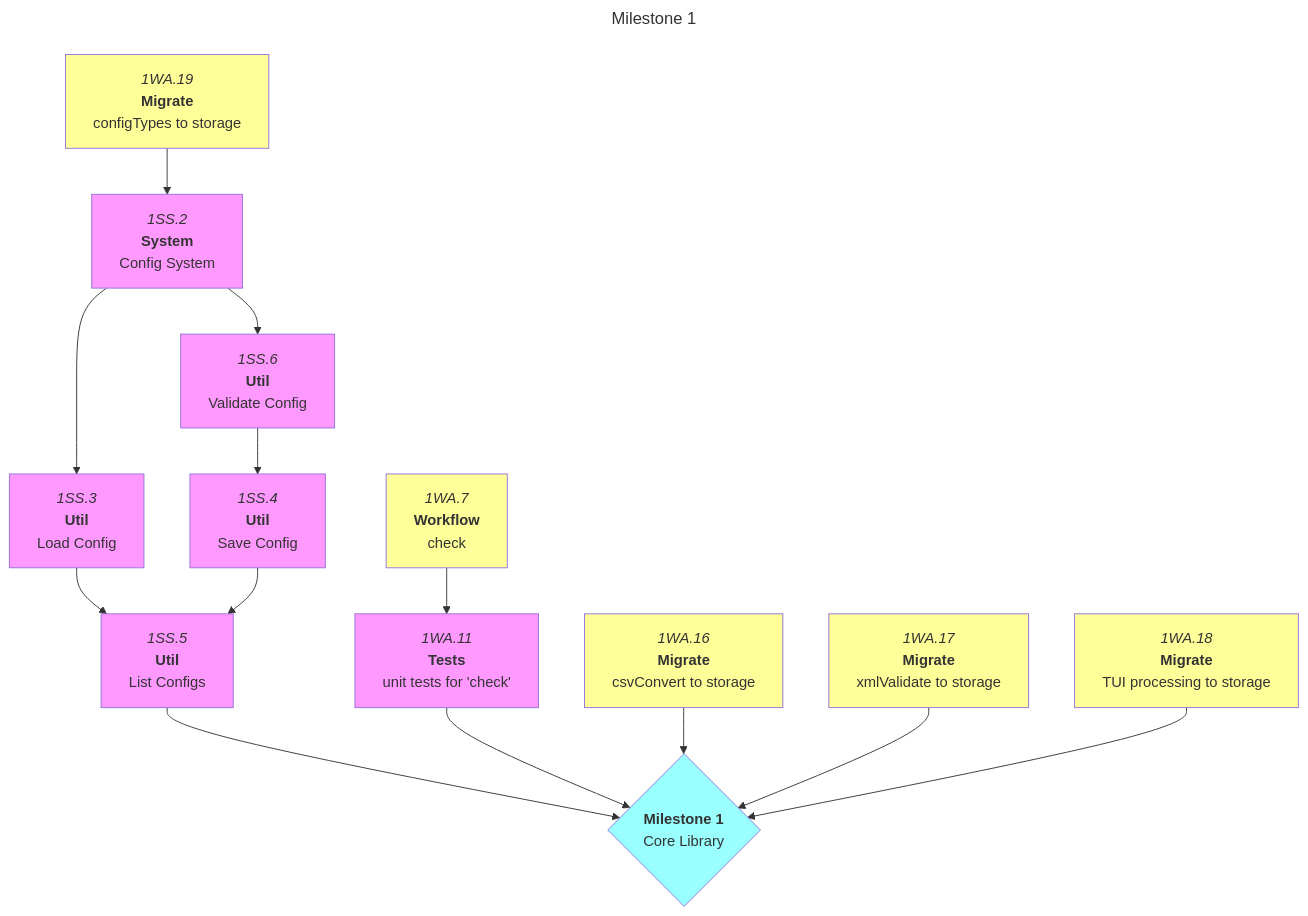
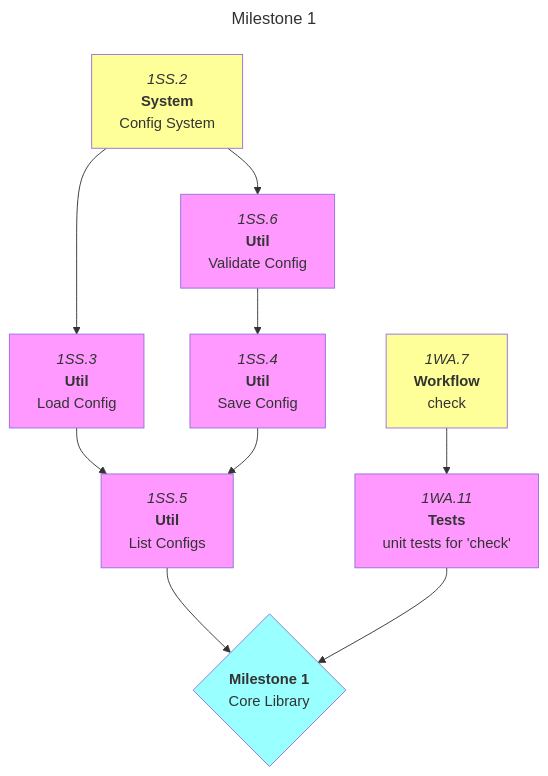
One commit to foundersandcoders/iris changed the first of 6 diagrams in docs/roadmaps/mvp.md. Above: the diagram before and after it, drawn with Mermaid. The commit also changed other lines of this file, not shown here.

Commit message:
docs: update roadmap

````diff
--- a/docs/roadmaps/mvp.md
+++ b/docs/roadmaps/mvp.md
@@ -46,26 +46,21 @@
 ```mermaid
 ---
 title: Milestone 1
 ---
 graph TD
 
-1SS.2["`*1SS.2*<br/>**System**<br/>Config System`"] --> 1SS.3 & 1SS.6
+1SS.2["`*1SS.2*<br/>**System**<br/>Config System`"]:::open --> 1SS.3 & 1SS.6
 1SS.3["`*1SS.3*<br/>**Util**<br/>Load Config`"] --> 1SS.5
 1SS.4["`*1SS.4*<br/>**Util**<br/>Save Config`"] --> 1SS.5
 1SS.5["`*1SS.5*<br/>**Util**<br/>List Configs`"] --> m1
 1SS.6["`*1SS.6*<br/>**Util**<br/>Validate Config`"] --> 1SS.4
 
 1WA.7["`*1WA.7*<br/>**Workflow**<br/>check`"]:::open --> 1WA.11
 1WA.11["`*1WA.11*<br/>**Tests**<br/>unit tests for 'check'`"] --> m1
 
-1WA.16["`*1WA.16*<br/>**Migrate**<br/>csvConvert to storage`"]:::open --> m1
-1WA.17["`*1WA.17*<br/>**Migrate**<br/>xmlValidate to storage`"]:::open --> m1
-1WA.18["`*1WA.18*<br/>**Migrate**<br/>TUI processing to storage`"]:::open --> m1
-1WA.19["`*1WA.19*<br/>**Migrate**<br/>configTypes to storage`"]:::open --> 1SS.2
-
 m1{"`**Milestone 1**<br/>Core Library`"}:::mile
 
 classDef default,blocked fill:#f9f;
 classDef open fill:#ff9;
 classDef mile fill:#9ff;
 ```
````
